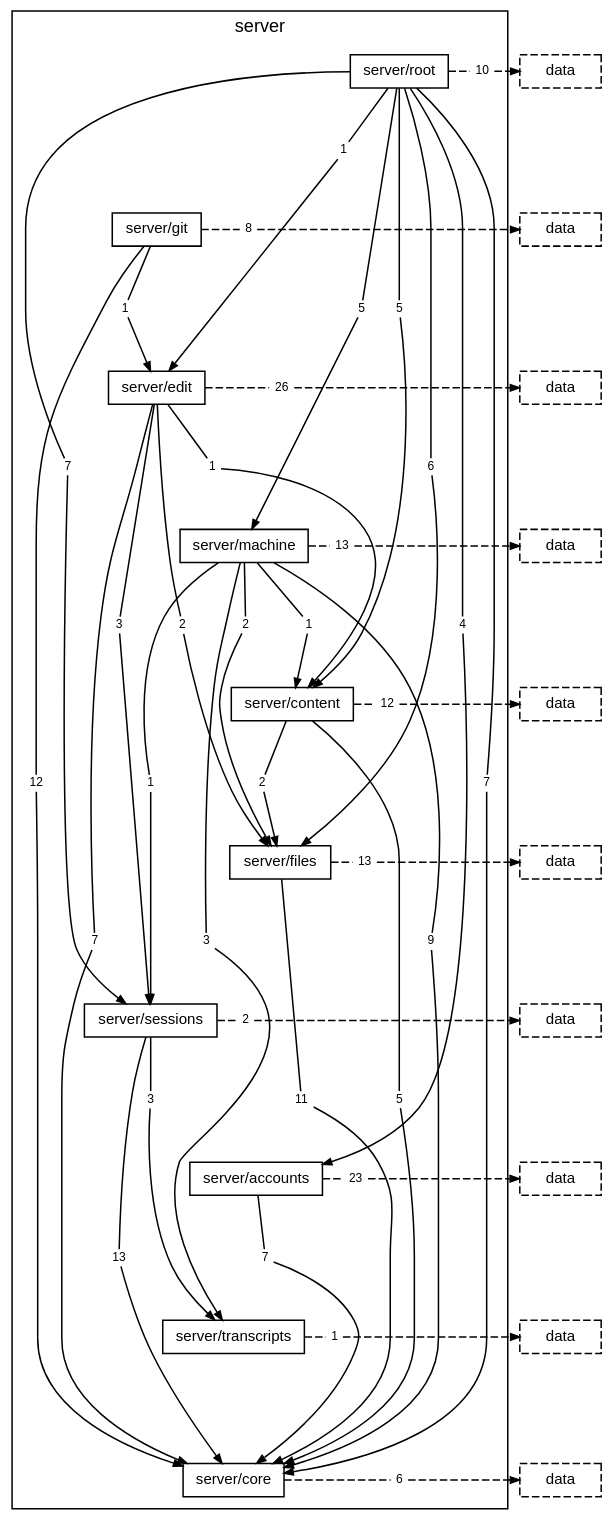
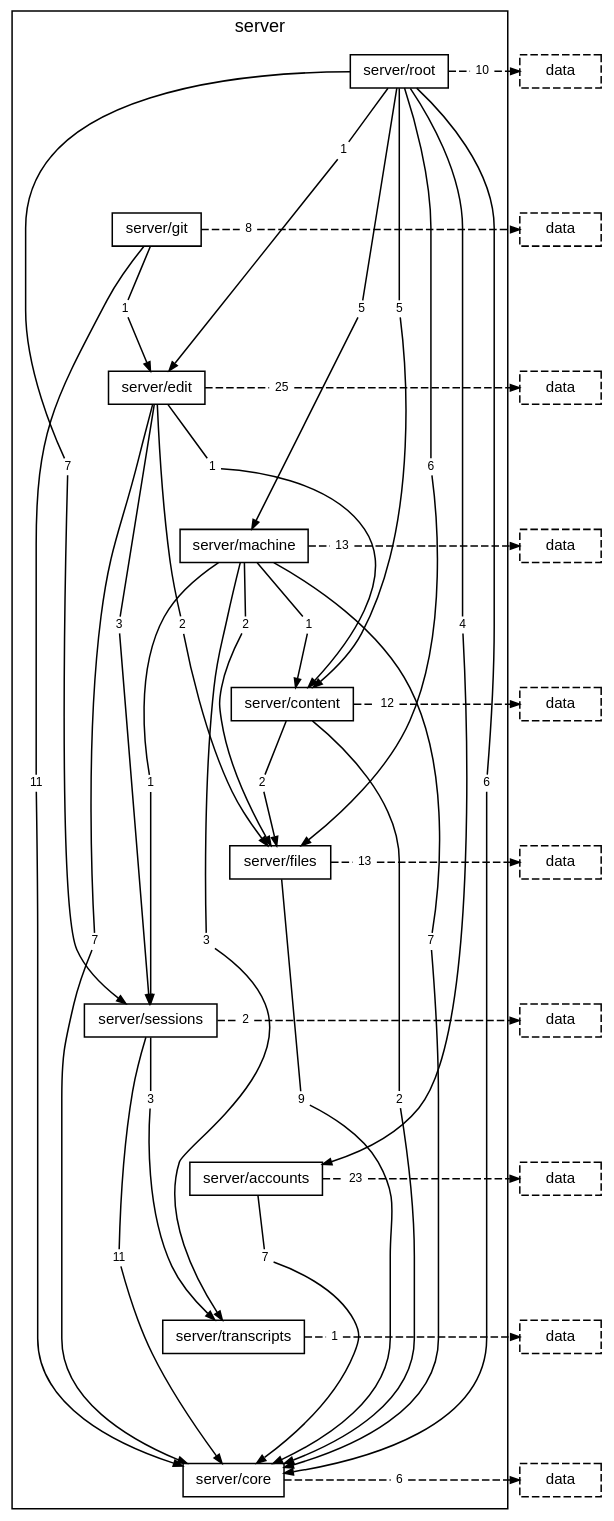
One commit to TheAxeC/oculus changed the diagram in docs/diagrams/layer-server.dot. Above: the diagram before and after it, drawn with Graphviz. The commit also changed 129 other files, not shown here.

```diff
--- a/docs/diagrams/layer-server.dot
+++ b/docs/diagrams/layer-server.dot
@@ -16,32 +16,32 @@
         "folder server/core" [label="server/core"];
         "folder server/root to folder server/accounts" [label="4", shape=box, color="transparent", fontsize=8, width=0, height=0, margin="0.04,0.02"];
         "folder server/root to folder server/content" [label="5", shape=box, color="transparent", fontsize=8, width=0, height=0, margin="0.04,0.02"];
-        "folder server/root to folder server/core" [label="7", shape=box, color="transparent", fontsize=8, width=0, height=0, margin="0.04,0.02"];
+        "folder server/root to folder server/core" [label="6", shape=box, color="transparent", fontsize=8, width=0, height=0, margin="0.04,0.02"];
         "folder server/root to folder server/edit" [label="1", shape=box, color="transparent", fontsize=8, width=0, height=0, margin="0.04,0.02"];
         "folder server/root to folder server/files" [label="6", shape=box, color="transparent", fontsize=8, width=0, height=0, margin="0.04,0.02"];
         "folder server/root to folder server/machine" [label="5", shape=box, color="transparent", fontsize=8, width=0, height=0, margin="0.04,0.02"];
         "folder server/root to folder server/sessions" [label="7", shape=box, color="transparent", fontsize=8, width=0, height=0, margin="0.04,0.02"];
         "folder server/root to layer data" [label="10", shape=box, color="transparent", fontsize=8, width=0, height=0, margin="0.04,0.02"];
-        "folder server/git to folder server/core" [label="12", shape=box, color="transparent", fontsize=8, width=0, height=0, margin="0.04,0.02"];
+        "folder server/git to folder server/core" [label="11", shape=box, color="transparent", fontsize=8, width=0, height=0, margin="0.04,0.02"];
         "folder server/git to folder server/edit" [label="1", shape=box, color="transparent", fontsize=8, width=0, height=0, margin="0.04,0.02"];
         "folder server/git to layer data" [label="8", shape=box, color="transparent", fontsize=8, width=0, height=0, margin="0.04,0.02"];
         "folder server/edit to folder server/content" [label="1", shape=box, color="transparent", fontsize=8, width=0, height=0, margin="0.04,0.02"];
         "folder server/edit to folder server/core" [label="7", shape=box, color="transparent", fontsize=8, width=0, height=0, margin="0.04,0.02"];
         "folder server/edit to folder server/files" [label="2", shape=box, color="transparent", fontsize=8, width=0, height=0, margin="0.04,0.02"];
         "folder server/edit to folder server/sessions" [label="3", shape=box, color="transparent", fontsize=8, width=0, height=0, margin="0.04,0.02"];
-        "folder server/edit to layer data" [label="26", shape=box, color="transparent", fontsize=8, width=0, height=0, margin="0.04,0.02"];
+        "folder server/edit to layer data" [label="25", shape=box, color="transparent", fontsize=8, width=0, height=0, margin="0.04,0.02"];
         "folder server/machine to folder server/content" [label="1", shape=box, color="transparent", fontsize=8, width=0, height=0, margin="0.04,0.02"];
-        "folder server/machine to folder server/core" [label="9", shape=box, color="transparent", fontsize=8, width=0, height=0, margin="0.04,0.02"];
+        "folder server/machine to folder server/core" [label="7", shape=box, color="transparent", fontsize=8, width=0, height=0, margin="0.04,0.02"];
         "folder server/machine to folder server/files" [label="2", shape=box, color="transparent", fontsize=8, width=0, height=0, margin="0.04,0.02"];
         "folder server/machine to folder server/sessions" [label="1", shape=box, color="transparent", fontsize=8, width=0, height=0, margin="0.04,0.02"];
         "folder server/machine to folder server/transcripts" [label="3", shape=box, color="transparent", fontsize=8, width=0, height=0, margin="0.04,0.02"];
         "folder server/machine to layer data" [label="13", shape=box, color="transparent", fontsize=8, width=0, height=0, margin="0.04,0.02"];
-        "folder server/content to folder server/core" [label="5", shape=box, color="transparent", fontsize=8, width=0, height=0, margin="0.04,0.02"];
+        "folder server/content to folder server/core" [label="2", shape=box, color="transparent", fontsize=8, width=0, height=0, margin="0.04,0.02"];
         "folder server/content to folder server/files" [label="2", shape=box, color="transparent", fontsize=8, width=0, height=0, margin="0.04,0.02"];
         "folder server/content to layer data" [label="12", shape=box, color="transparent", fontsize=8, width=0, height=0, margin="0.04,0.02"];
-        "folder server/files to folder server/core" [label="11", shape=box, color="transparent", fontsize=8, width=0, height=0, margin="0.04,0.02"];
+        "folder server/files to folder server/core" [label="9", shape=box, color="transparent", fontsize=8, width=0, height=0, margin="0.04,0.02"];
         "folder server/files to layer data" [label="13", shape=box, color="transparent", fontsize=8, width=0, height=0, margin="0.04,0.02"];
-        "folder server/sessions to folder server/core" [label="13", shape=box, color="transparent", fontsize=8, width=0, height=0, margin="0.04,0.02"];
+        "folder server/sessions to folder server/core" [label="11", shape=box, color="transparent", fontsize=8, width=0, height=0, margin="0.04,0.02"];
         "folder server/sessions to folder server/transcripts" [label="3", shape=box, color="transparent", fontsize=8, width=0, height=0, margin="0.04,0.02"];
         "folder server/sessions to layer data" [label="2", shape=box, color="transparent", fontsize=8, width=0, height=0, margin="0.04,0.02"];
         "folder server/accounts to folder server/core" [label="7", shape=box, color="transparent", fontsize=8, width=0, height=0, margin="0.04,0.02"];
```
